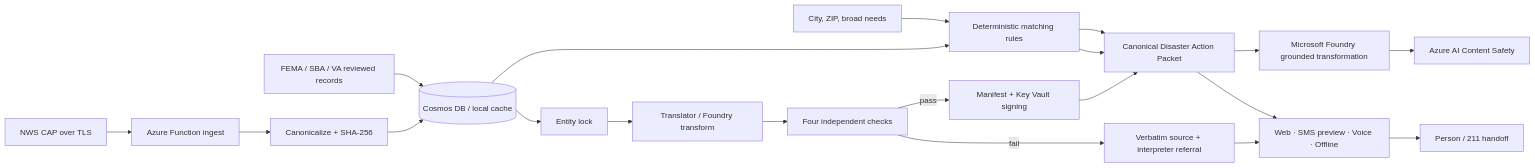
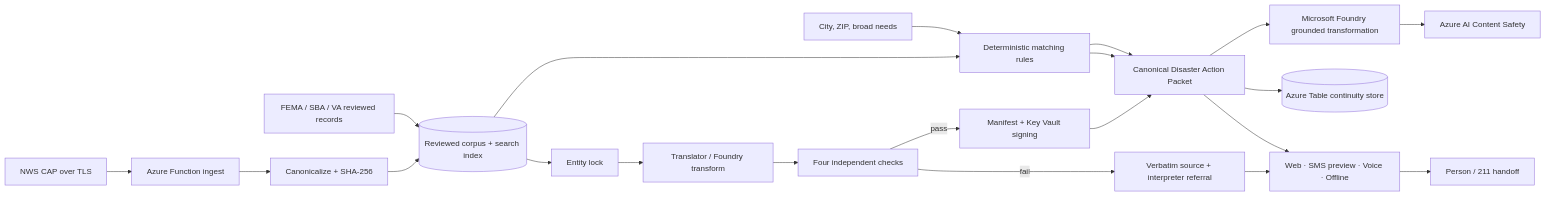
The diagram in docs/architecture.md (iamenibrahim/last-mile), drawn with Mermaid before and after one commit. The commit also changed other lines of this file and 27 other files, not shown here.

````diff
--- a/docs/architecture.md
+++ b/docs/architecture.md
@@ -3,22 +3,23 @@
 ```mermaid
 flowchart LR
   NWS[NWS CAP over TLS] --> I[Azure Function ingest]
-  GOV[FEMA / SBA / VA reviewed records] --> S[(Cosmos DB / local cache)]
+  GOV[FEMA / SBA / VA reviewed records] --> S[(Reviewed corpus + search index)]
   I --> H[Canonicalize + SHA-256]
   H --> S
   U[City, ZIP, broad needs] --> R[Deterministic matching rules]
   S --> R
   R --> D[Canonical Disaster Action Packet]
   D --> F[Microsoft Foundry grounded transformation]
   F --> C[Azure AI Content Safety]
   S --> L[Entity lock]
   L --> T[Translator / Foundry transform]
   T --> V[Four independent checks]
   V -->|pass| M[Manifest + Key Vault signing]
   V -->|fail| A[Verbatim source + interpreter referral]
   M --> D
+  D --> Q[(Azure Table continuity store)]
   D --> X[Web · SMS preview · Voice · Offline]
   A --> X
   R --> D
   X --> P[Person / 211 handoff]
 ```
````
